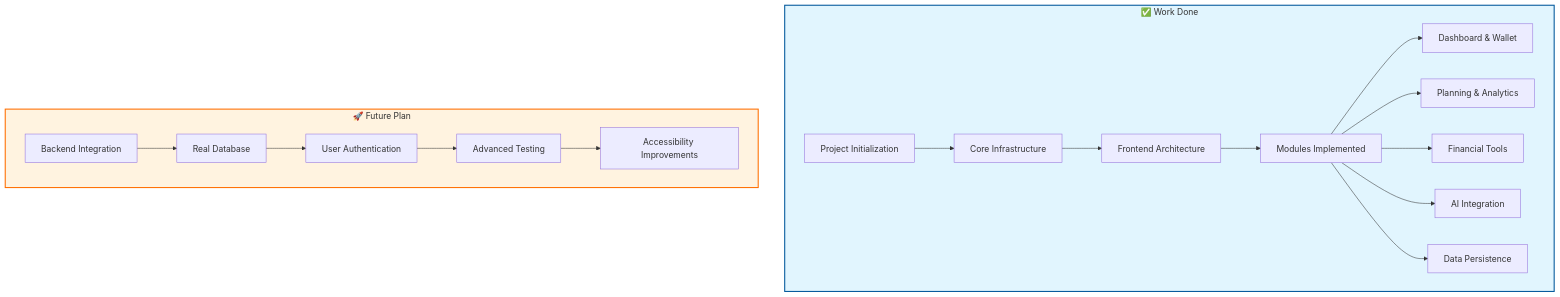
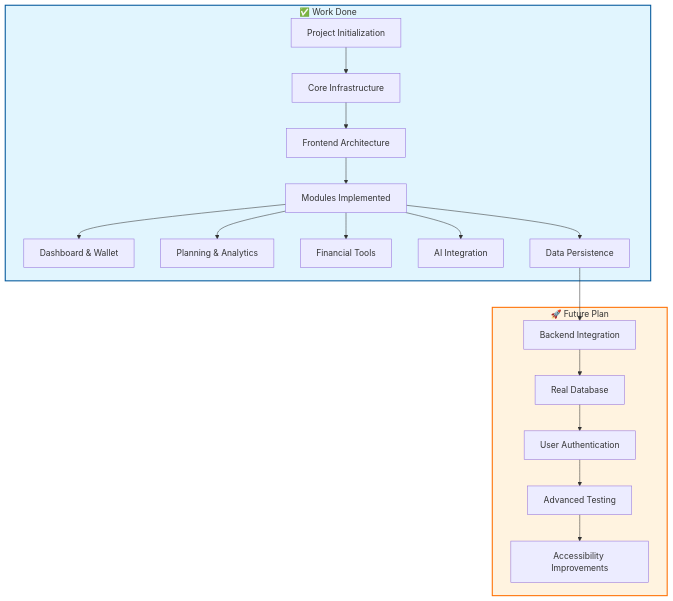
One commit to Vortex4047/pbl-project changed the diagram in PROGRESS.md. Above: the diagram before and after it, drawn with Mermaid.

Commit message:
I have updated `PROGRESS.md` to connect the flow and refine the scope for a web-only focus.
*   I connected the completed work and 'Future Plan' subgraphs in the Mermaid flowchart for better visualization.
*   I refined the roadmap to focus on backend, authentication, testing, and accessibility, removing mobile and production deployment references.
*   I ensured the flowchart accurately reflects the current state and planned web-app improvements.

````diff
--- a/PROGRESS.md
+++ b/PROGRESS.md
@@ -5,23 +5,25 @@
 ```mermaid
 graph TD
     subgraph Work_Done [✅ Work Done]
         A[Project Initialization] --> B[Core Infrastructure]
         B --> C[Frontend Architecture]
         C --> D[Modules Implemented]
         D --> E[Dashboard & Wallet]
         D --> F[Planning & Analytics]
         D --> G[Financial Tools]
         D --> H[AI Integration]
         D --> I[Data Persistence]
     end
 
+    I --> J
+
     subgraph Future_Plan [🚀 Future Plan]
         J[Backend Integration] --> K[Real Database]
         K --> L[User Authentication]
         L --> M[Advanced Testing]
         M --> N[Accessibility Improvements]
     end
 
     style Work_Done fill:#e1f5fe,stroke:#01579b,stroke-width:2px
     style Future_Plan fill:#fff3e0,stroke:#ff6f00,stroke-width:2px
 ```
````
